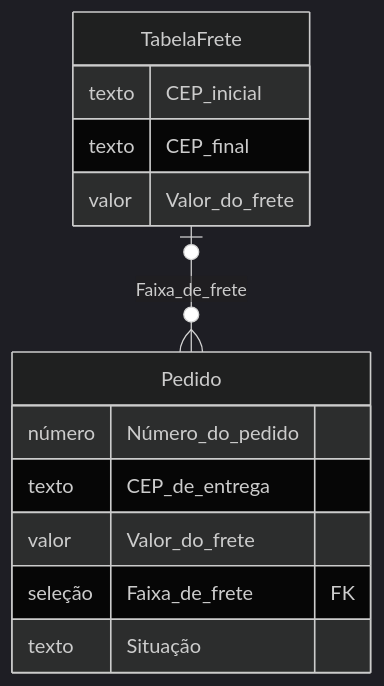
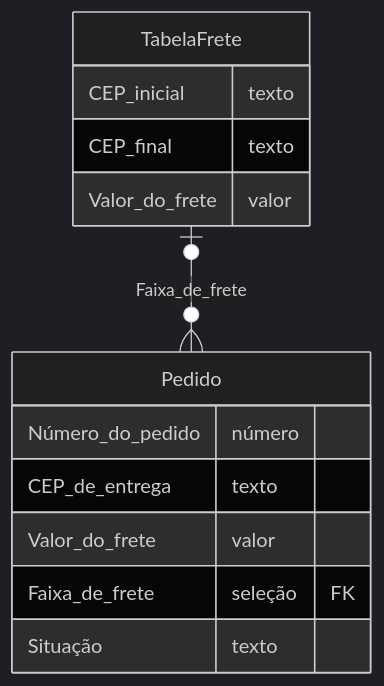
One commit to andromarcio/loja-acme-doc changed the diagram in global/DIAGRAMA-ER.md. Above: the diagram before and after it, drawn with Mermaid (dark theme). The commit also changed 4 other files, not shown here.

````diff
--- a/global/DIAGRAMA-ER.md
+++ b/global/DIAGRAMA-ER.md
@@ -9,16 +9,16 @@
 ```mermaid
 erDiagram
   Pedido {
-    número Número_do_pedido
-    texto CEP_de_entrega
-    valor Valor_do_frete
-    seleção Faixa_de_frete FK
-    texto Situação
+    Número_do_pedido número
+    CEP_de_entrega texto
+    Valor_do_frete valor
+    Faixa_de_frete seleção FK
+    Situação texto
   }
   TabelaFrete {
-    texto CEP_inicial
-    texto CEP_final
-    valor Valor_do_frete
+    CEP_inicial texto
+    CEP_final texto
+    Valor_do_frete valor
   }
   TabelaFrete |o--o{ Pedido : "Faixa_de_frete"
 ```
````
